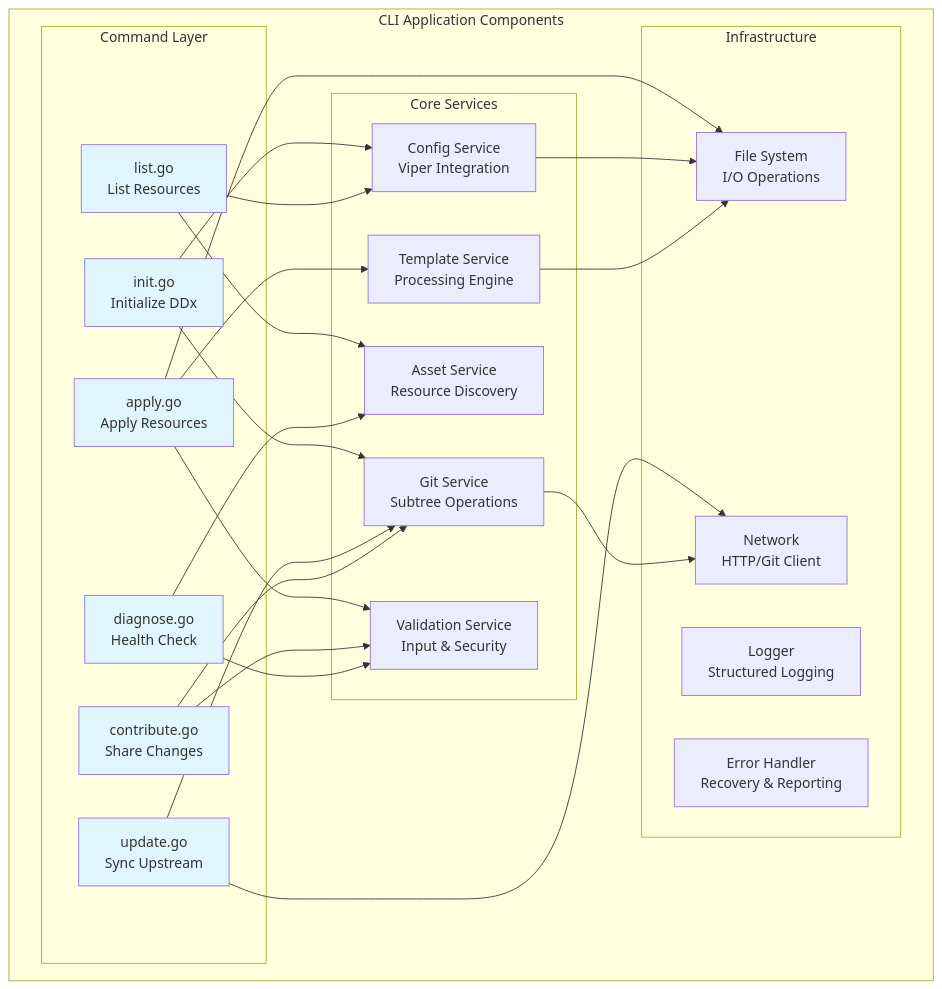
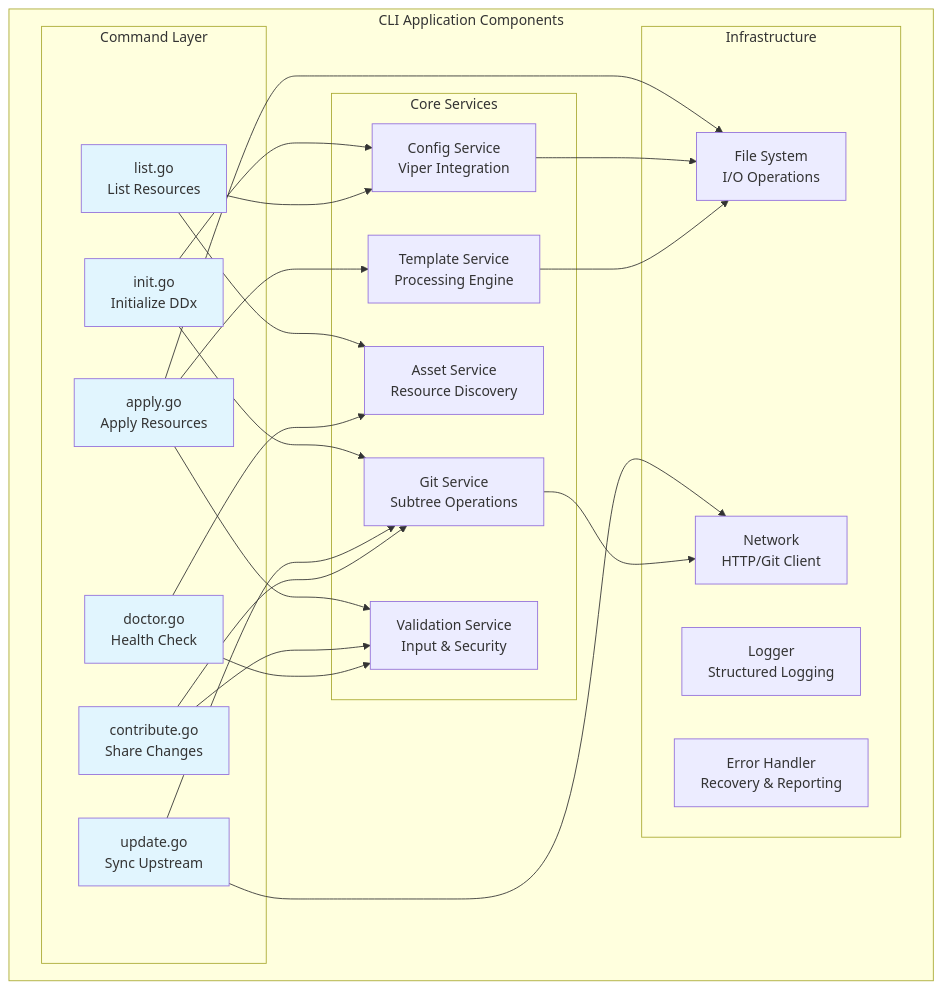
The third of 8 diagrams in docs/helix/02-design/architecture.md (easel/ddx), drawn with Mermaid before and after one commit. The commit also changed other lines of this file and 26 other files, not shown here.

First line of the commit message:
refactor: rename 'diagnose' command to 'doctor' for consistency

````diff
--- a/docs/helix/02-design/architecture.md
+++ b/docs/helix/02-design/architecture.md
@@ -104,58 +104,58 @@
 ```mermaid
 graph TB
     subgraph "CLI Application Components"
         subgraph "Command Layer"
             INIT[init.go<br/>Initialize DDx]
             LIST[list.go<br/>List Resources]
             APPLY[apply.go<br/>Apply Resources]
             UPDATE[update.go<br/>Sync Upstream]
             CONTRIB[contribute.go<br/>Share Changes]
-            DIAG[diagnose.go<br/>Health Check]
+            DIAG[doctor.go<br/>Health Check]
         end
 
         subgraph "Core Services"
             CFG_SVC[Config Service<br/>Viper Integration]
             GIT_SVC[Git Service<br/>Subtree Operations]
             TPL_SVC[Template Service<br/>Processing Engine]
             VAL_SVC[Validation Service<br/>Input & Security]
             ASSET_SVC[Asset Service<br/>Resource Discovery]
         end
 
         subgraph "Infrastructure"
             FS[File System<br/>I/O Operations]
             NET[Network<br/>HTTP/Git Client]
             LOG[Logger<br/>Structured Logging]
             ERR[Error Handler<br/>Recovery & Reporting]
         end
     end
 
     INIT --> CFG_SVC
     INIT --> GIT_SVC
 
     LIST --> ASSET_SVC
     LIST --> CFG_SVC
 
     APPLY --> TPL_SVC
     APPLY --> VAL_SVC
     APPLY --> FS
 
     UPDATE --> GIT_SVC
     UPDATE --> NET
 
     CONTRIB --> GIT_SVC
     CONTRIB --> VAL_SVC
 
     DIAG --> VAL_SVC
     DIAG --> ASSET_SVC
 
     CFG_SVC --> FS
     GIT_SVC --> NET
     TPL_SVC --> FS
 
     style INIT fill:#e1f5fe
     style LIST fill:#e1f5fe
     style APPLY fill:#e1f5fe
     style UPDATE fill:#e1f5fe
     style CONTRIB fill:#e1f5fe
     style DIAG fill:#e1f5fe
 ```
````
